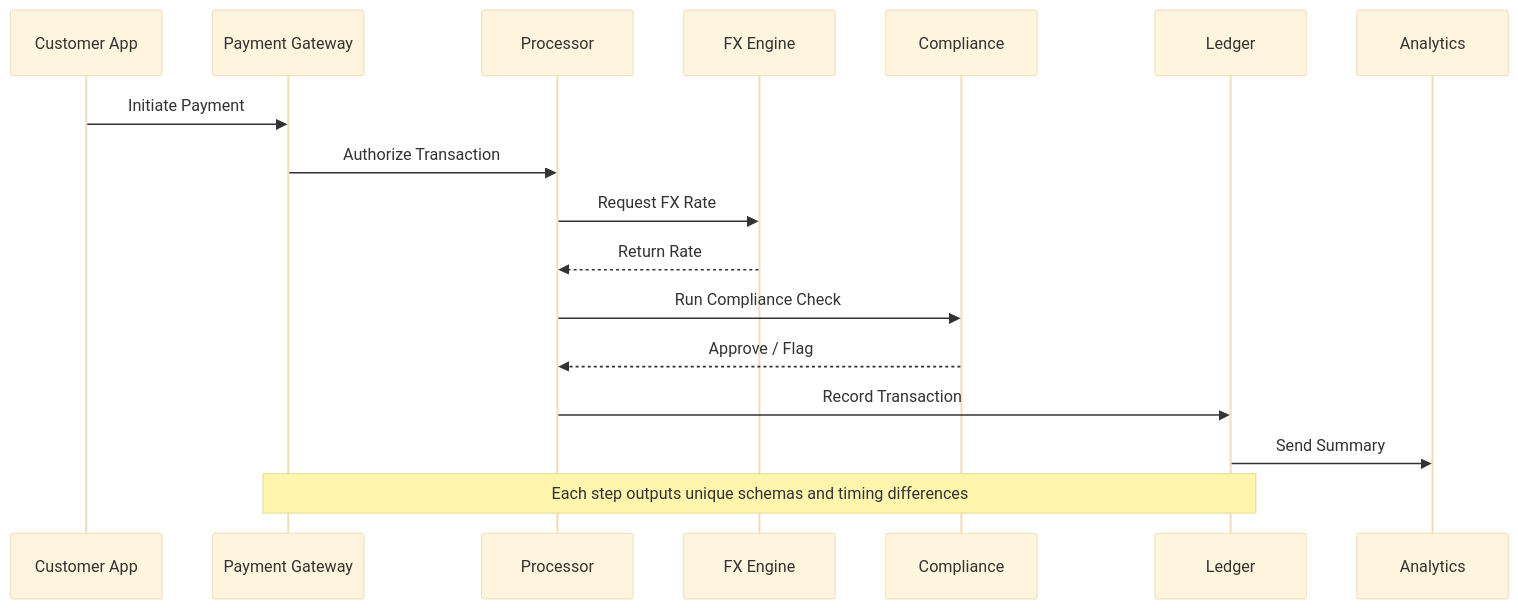
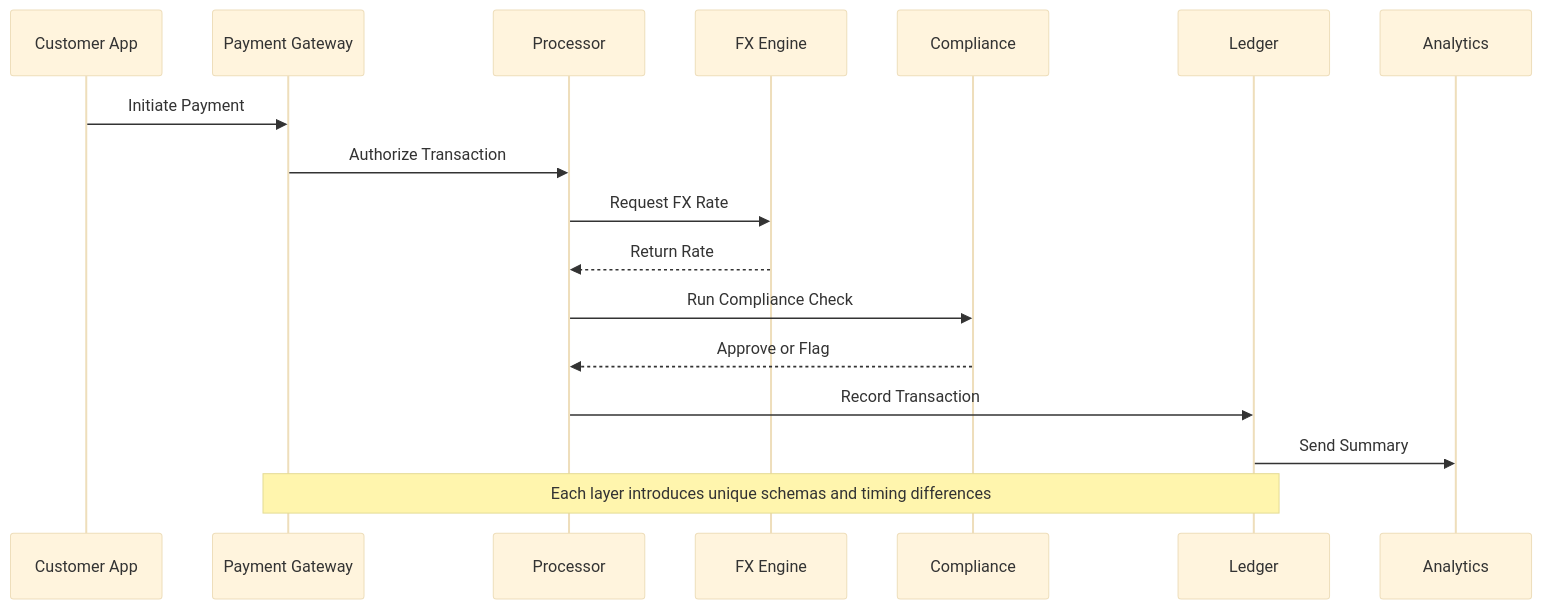
Before and after one commit to devbrewai/devbrew.ai: the first of 3 diagrams in data/blog/data-pipelines.mdx, drawn with Mermaid (base theme). The commit also changed other lines of this file, not shown here.

````diff
--- a/data/blog/data-pipelines.mdx
+++ b/data/blog/data-pipelines.mdx
@@ -36,21 +40,21 @@
 ```mermaid
 sequenceDiagram
     participant User as Customer App
     participant PG as Payment Gateway
     participant Proc as Processor
     participant FX as FX Engine
     participant AML as Compliance
     participant Ldg as Ledger
     participant Ana as Analytics
 
     User->>PG: Initiate Payment
     PG->>Proc: Authorize Transaction
     Proc->>FX: Request FX Rate
     FX-->>Proc: Return Rate
     Proc->>AML: Run Compliance Check
-    AML-->>Proc: Approve / Flag
+    AML-->>Proc: Approve or Flag
     Proc->>Ldg: Record Transaction
     Ldg->>Ana: Send Summary
 
-    Note over PG,Ldg: Each step outputs unique schemas and timing differences
+    Note over PG,Ldg: Each layer introduces unique schemas and timing differences
 ```
````
